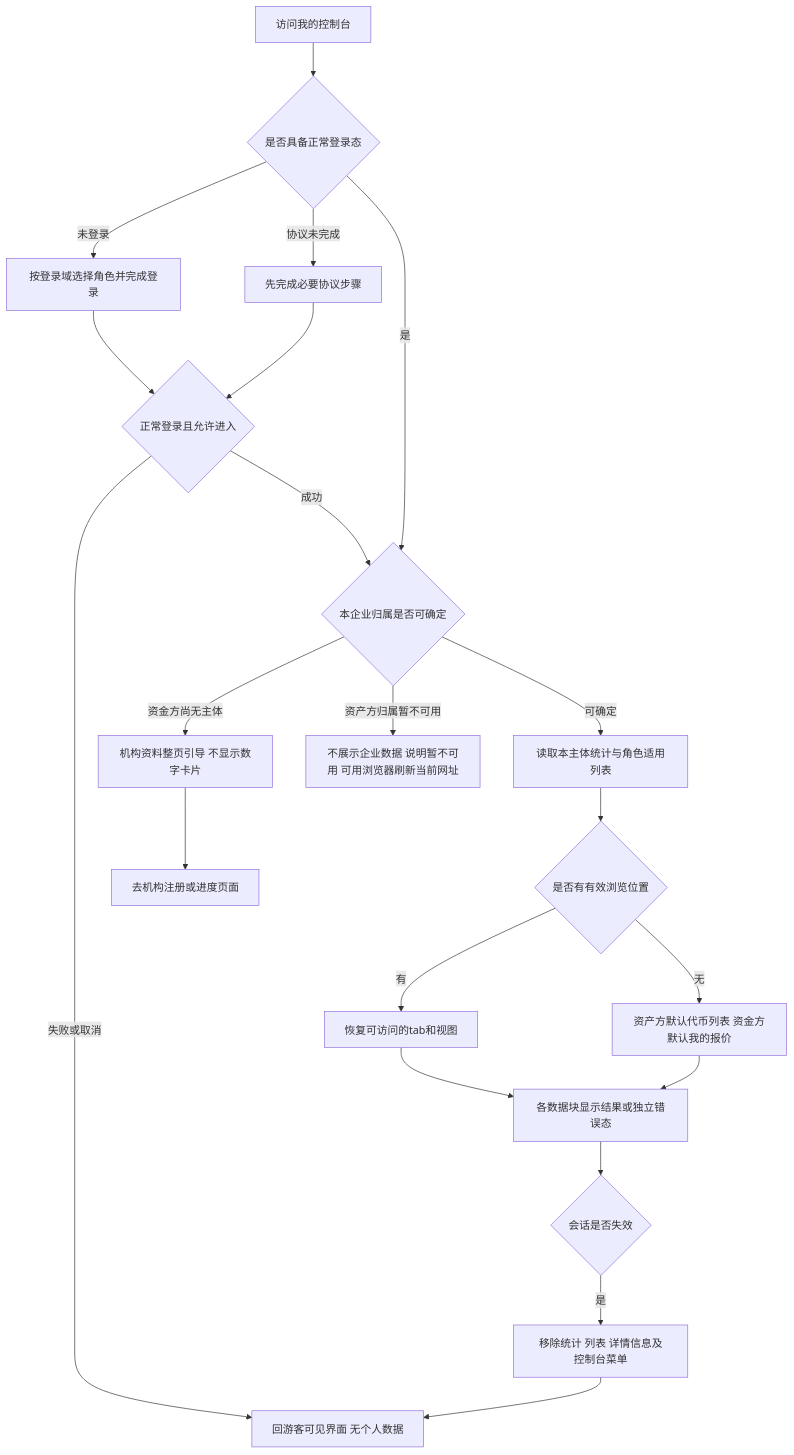
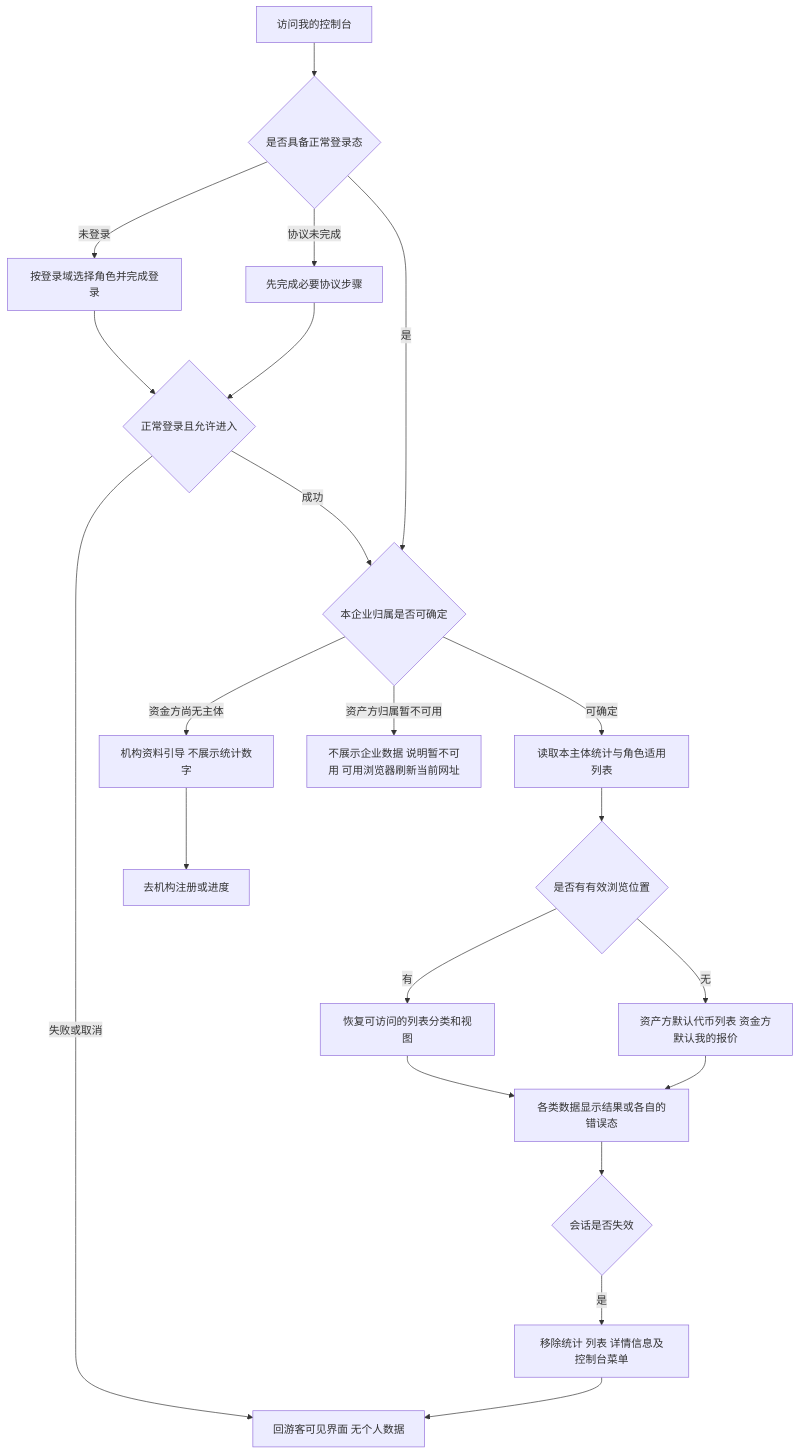
The first of 11 diagrams in lending-platform/PRD/v1.0-我的控制台/02-我的控制台-流程图与状态机.md (wxblockchain/Chain-Financing), drawn with Mermaid before and after one commit. The commit also changed other lines of this file and 4 other files, not shown here.

````diff
--- a/lending-platform/PRD/v1.0-我的控制台/02-我的控制台-流程图与状态机.md
+++ b/lending-platform/PRD/v1.0-我的控制台/02-我的控制台-流程图与状态机.md
@@ -24,23 +24,23 @@
 ```mermaid
 flowchart TD
   A[访问我的控制台] --> B{是否具备正常登录态}
   B -- 未登录 --> C[按登录域选择角色并完成登录]
   B -- 协议未完成 --> D[先完成必要协议步骤]
   C --> E{正常登录且允许进入}
   D --> E
   E -- 失败或取消 --> Z[回游客可见界面 无个人数据]
   E -- 成功 --> F{本企业归属是否可确定}
   B -- 是 --> F
-  F -- 资金方尚无主体 --> G[机构资料整页引导 不显示数字卡片]
-  G --> H[去机构注册或进度页面]
+  F -- 资金方尚无主体 --> G[机构资料引导 不展示统计数字]
+  G --> H[去机构注册或进度]
   F -- 资产方归属暂不可用 --> I[不展示企业数据 说明暂不可用 可用浏览器刷新当前网址]
   F -- 可确定 --> J[读取本主体统计与角色适用列表]
   J --> K{是否有有效浏览位置}
-  K -- 有 --> L[恢复可访问的tab和视图]
+  K -- 有 --> L[恢复可访问的列表分类和视图]
   K -- 无 --> M[资产方默认代币列表 资金方默认我的报价]
-  L --> N[各数据块显示结果或独立错误态]
+  L --> N[各类数据显示结果或各自的错误态]
   M --> N
   N --> O{会话是否失效}
   O -- 是 --> P[移除统计 列表 详情信息及控制台菜单]
   P --> Z
 ```
````
